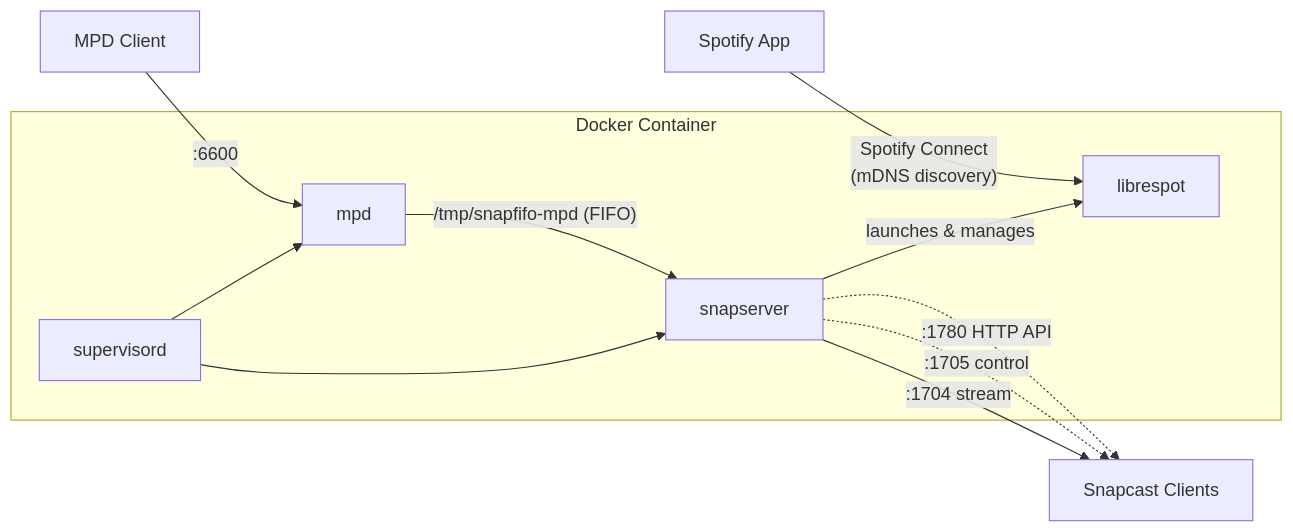
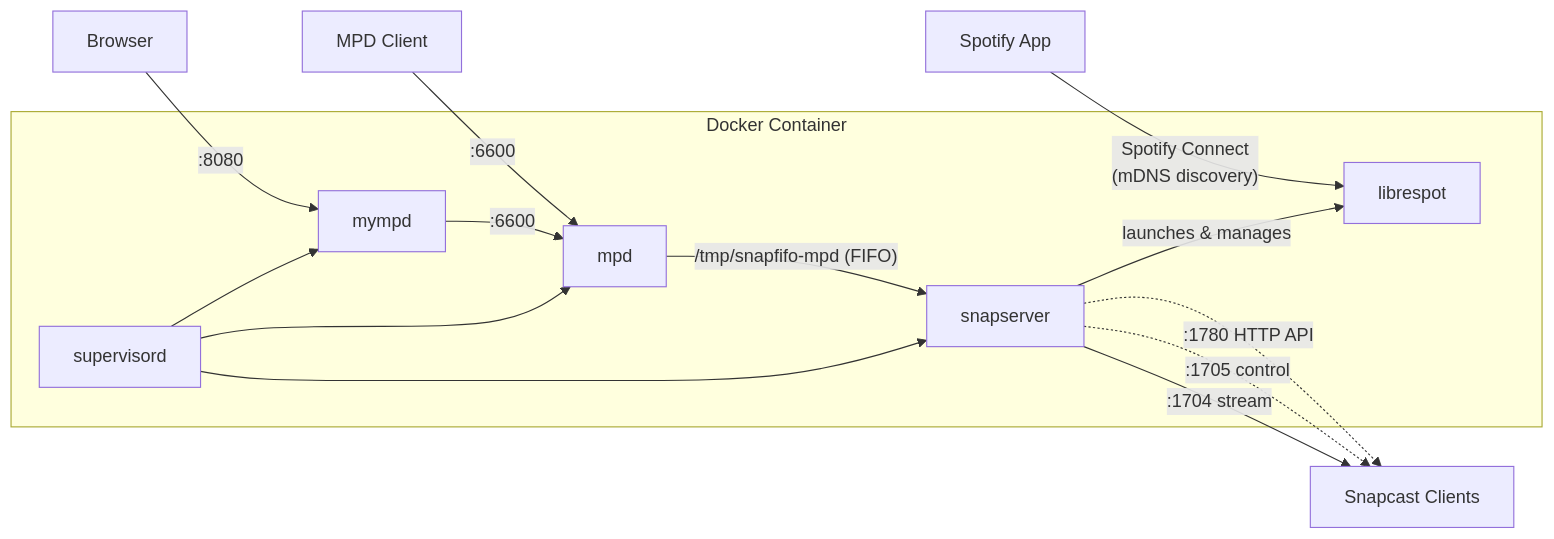
One commit to rnestler/docker-multiroom-audio changed the diagram in README.md. Above: the diagram before and after it, drawn with Mermaid. The commit also changed other lines of this file and 5 other files, not shown here.

````diff
--- a/README.md
+++ b/README.md
@@ -9,16 +10,19 @@
 ```mermaid
 graph LR
     subgraph Docker Container
         supervisord --> snapserver
         supervisord --> mpd
+        supervisord --> mympd
 
         snapserver -- "launches & manages" --> librespot
         mpd -- "/tmp/snapfifo-mpd (FIFO)" --> snapserver
+        mympd -- ":6600" --> mpd
     end
 
     Spotify["Spotify App"] -- "Spotify Connect\n(mDNS discovery)" --> librespot
     MPDClient["MPD Client"] -- ":6600" --> mpd
+    Browser["Browser"] -- ":8080" --> mympd
     snapserver -- ":1704 stream" --> SnapClient["Snapcast Clients"]
     snapserver -. ":1705 control" .-> SnapClient
     snapserver -. ":1780 HTTP API" .-> SnapClient
 ```
````
